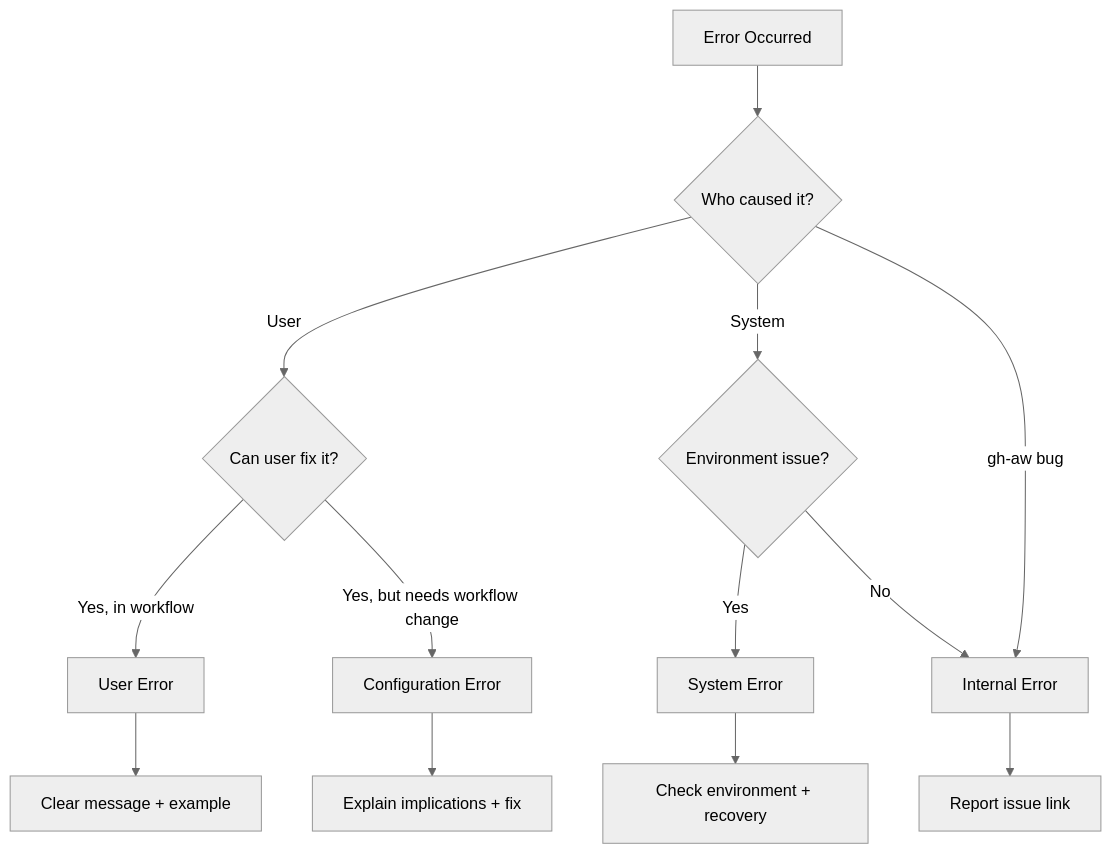
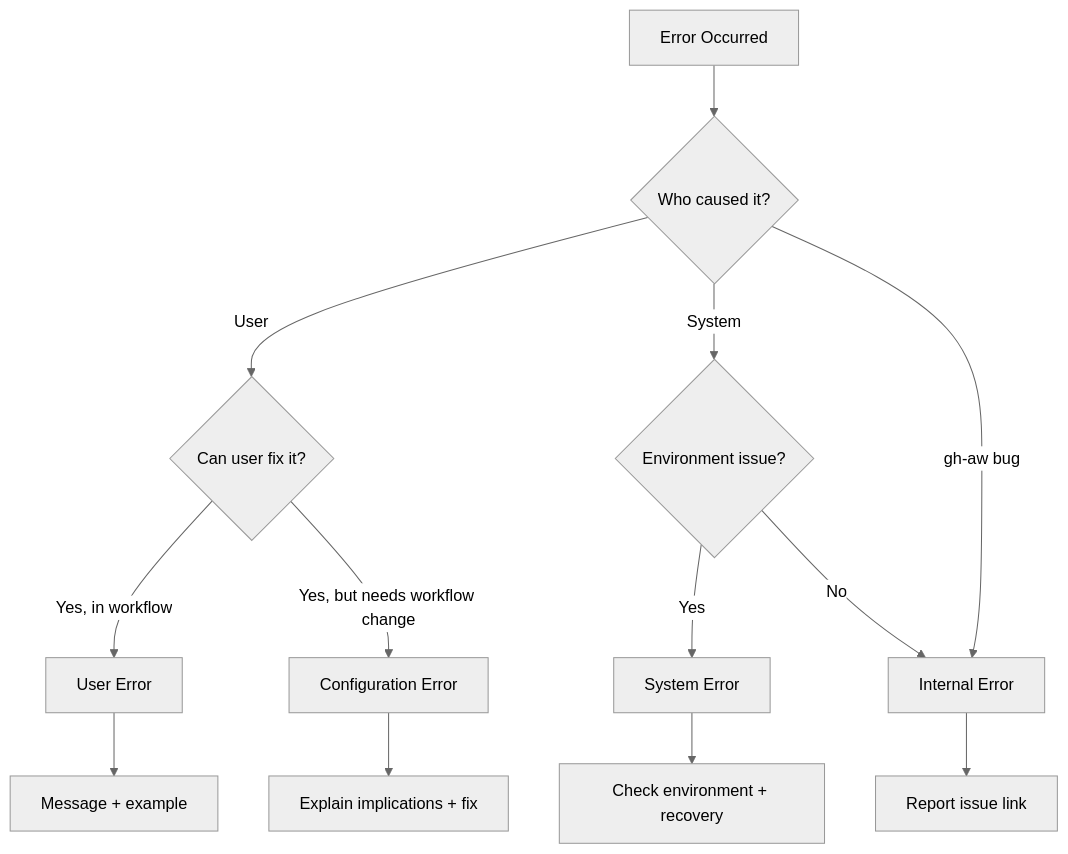
Before and after one commit to eedorenko/agentic-factory-v2: the second of 2 diagrams in scratchpad/error-recovery-patterns.md, drawn with Mermaid (neutral theme). The commit also changed other lines of this file and 3606 other files, not shown here.

````diff
--- a/scratchpad/error-recovery-patterns.md
+++ b/scratchpad/error-recovery-patterns.md
@@ -1585,18 +1585,18 @@
 ```mermaid
 graph TD
     A[Error Occurred] --> B{Who caused it?}
     B -->|User| C{Can user fix it?}
     B -->|System| D{Environment issue?}
     B -->|gh-aw bug| E[Internal Error]
     
     C -->|Yes, in workflow| F[User Error]
     C -->|Yes, but needs workflow change| G[Configuration Error]
     
     D -->|Yes| H[System Error]
     D -->|No| E
     
-    F --> I[Clear message + example]
+    F --> I[Message + example]
     G --> J[Explain implications + fix]
     H --> K[Check environment + recovery]
     E --> L[Report issue link]
 ```
````
